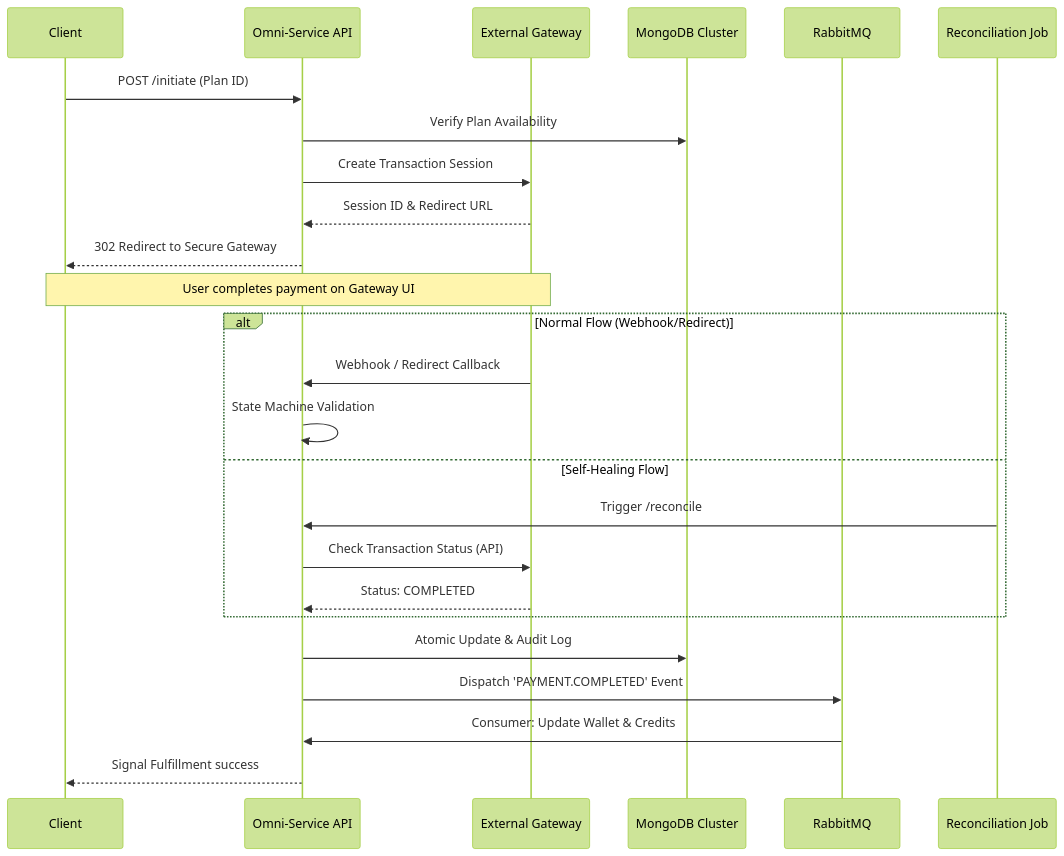
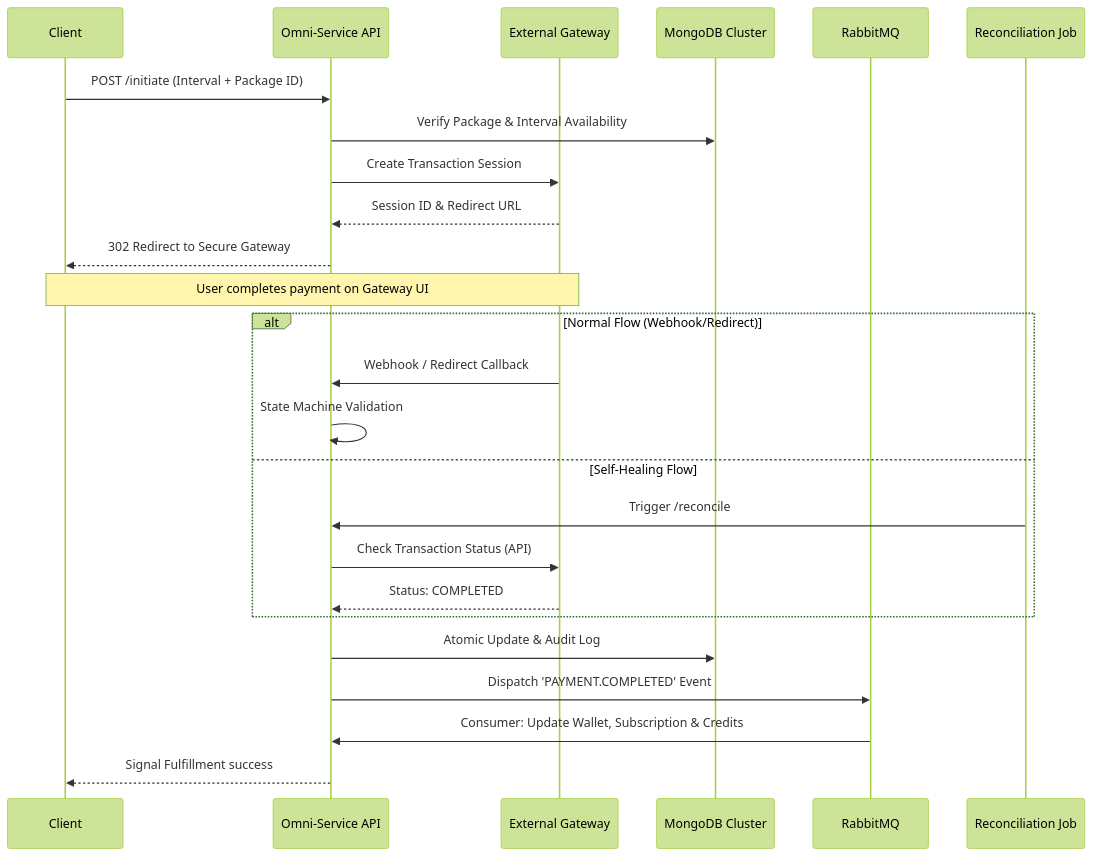
One commit to foysalahmedmin/zaaz-server changed the fourth of 5 diagrams in README.md. Above: the diagram before and after it, drawn with Mermaid (forest theme). The commit also changed other lines of this file and 5 other files, not shown here.

Commit message:
update: update test codes of credits-process, payment-transection, a nd user wallet module's. And Update README.md file

````diff
--- a/README.md
+++ b/README.md
@@ -685,31 +739,31 @@
 ```mermaid
 sequenceDiagram
     participant User as Client
     participant API as Omni-Service API
     participant Gateway as External Gateway
     participant DB as MongoDB Cluster
     participant MQ as RabbitMQ
     participant Cron as Reconciliation Job
 
-    User->>API: POST /initiate (Plan ID)
-    API->>DB: Verify Plan Availability
+    User->>API: POST /initiate (Interval + Package ID)
+    API->>DB: Verify Package & Interval Availability
     API->>Gateway: Create Transaction Session
     Gateway-->>API: Session ID & Redirect URL
     API-->>User: 302 Redirect to Secure Gateway
 
     Note over User,Gateway: User completes payment on Gateway UI
 
     alt Normal Flow (Webhook/Redirect)
         Gateway->>API: Webhook / Redirect Callback
         API->>API: State Machine Validation
     else Self-Healing Flow
         Cron->>API: Trigger /reconcile
         API->>Gateway: Check Transaction Status (API)
         Gateway-->>API: Status: COMPLETED
     end
 
     API->>DB: Atomic Update & Audit Log
     API->>MQ: Dispatch 'PAYMENT.COMPLETED' Event
-    MQ->>API: Consumer: Update Wallet & Credits
+    MQ->>API: Consumer: Update Wallet, Subscription & Credits
     API-->>User: Signal Fulfillment success
 ```
````
